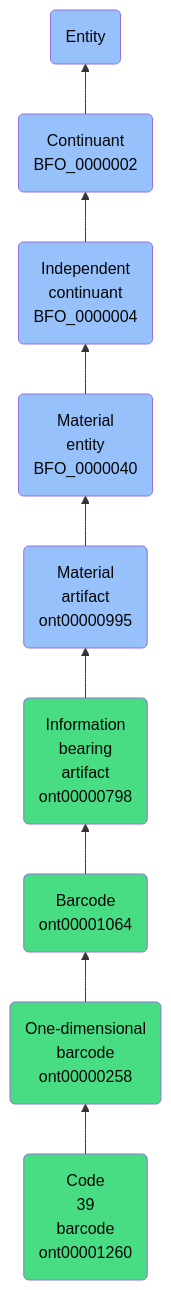
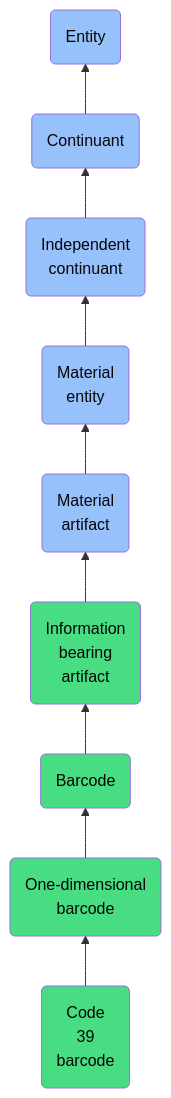
The diagram in docs/ontology/reference/model/Entity/Continuant/Independent continuant/Material entity/Material artifact/Information bearing artifact/Barcode/One-dimensional barcode/Code 39 barcode/Code 39 barcode.md (jupyter-naas/abi), drawn with Mermaid before and after one commit. The commit also changed other lines of this file and 1430 other files, not shown here.

````diff
--- a/docs/ontology/reference/model/Entity/Continuant/Independent continuant/Material entity/Material artifact/Information bearing artifact/Barcode/One-dimensional barcode/Code 39 barcode/Code 39 barcode.md
+++ b/docs/ontology/reference/model/Entity/Continuant/Independent continuant/Material entity/Material artifact/Information bearing artifact/Barcode/One-dimensional barcode/Code 39 barcode/Code 39 barcode.md
@@ -24,16 +24,16 @@
 ```mermaid
 graph BT
-    ont00001260(Code<br>39<br>barcode<br>ont00001260):::ABI-->ont00000258
-    ont00000258(One-dimensional<br>barcode<br>ont00000258):::ABI-->ont00001064
-    ont00001064(Barcode<br>ont00001064):::ABI-->ont00000798
-    ont00000798(Information<br>bearing<br>artifact<br>ont00000798):::ABI-->ont00000995
-    ont00000995(Material<br>artifact<br>ont00000995):::BFO-->BFO_0000040
-    BFO_0000040(Material<br>entity<br>BFO_0000040):::BFO-->BFO_0000004
-    BFO_0000004(Independent<br>continuant<br>BFO_0000004):::BFO-->BFO_0000002
-    BFO_0000002(Continuant<br>BFO_0000002):::BFO-->BFO_0000001
+    ont00001260(Code<br>39<br>barcode):::ABI-->ont00000258
+    ont00000258(One-dimensional<br>barcode):::ABI-->ont00001064
+    ont00001064(Barcode):::ABI-->ont00000798
+    ont00000798(Information<br>bearing<br>artifact):::ABI-->ont00000995
+    ont00000995(Material<br>artifact):::BFO-->BFO_0000040
+    BFO_0000040(Material<br>entity):::BFO-->BFO_0000004
+    BFO_0000004(Independent<br>continuant):::BFO-->BFO_0000002
+    BFO_0000002(Continuant):::BFO-->BFO_0000001
     BFO_0000001(Entity):::BFO
     
     classDef BFO fill:#97c1fb,color:#060606
     classDef CCO fill:#e4c51e,color:#060606
     classDef ABI fill:#48DD82,color:#060606
 ```
````
